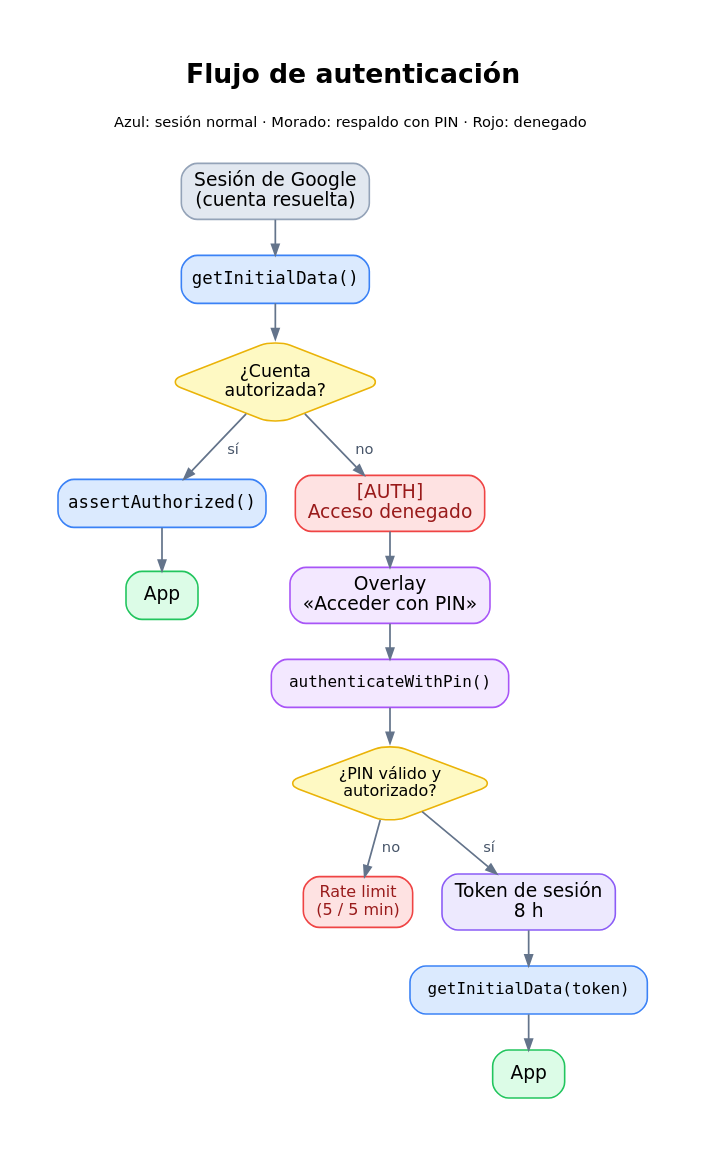
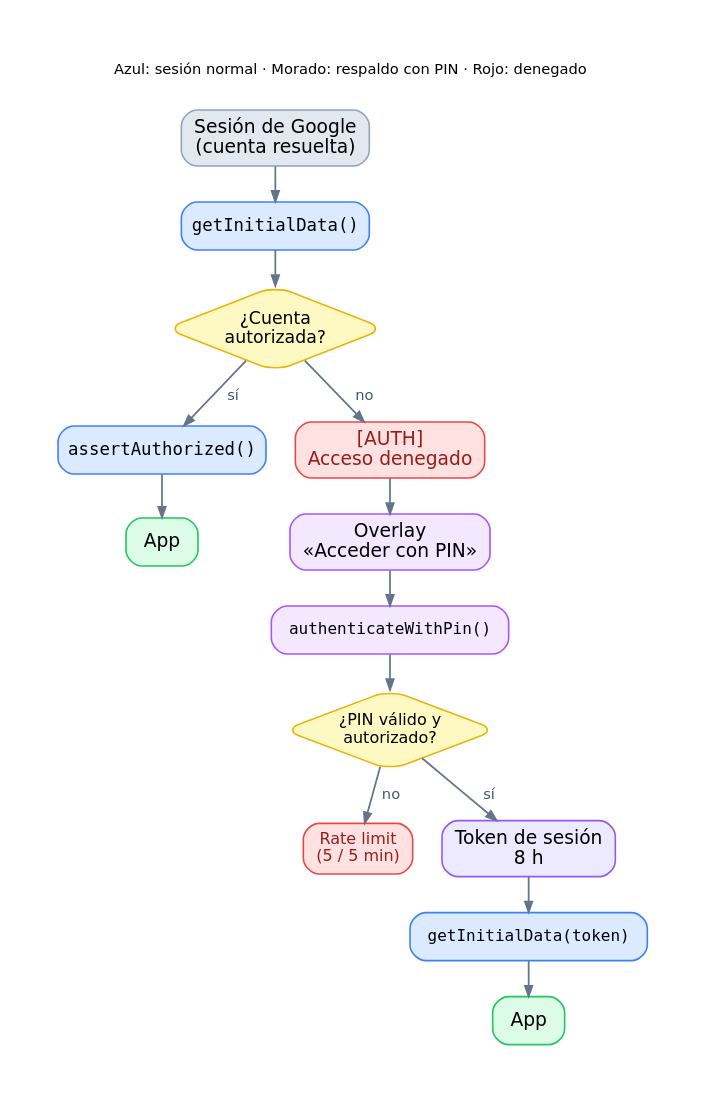
The diagram in docs/images/auth-flow.dot (pfelipm/panel-dedicacion-no-lectiva), drawn with Graphviz before and after one commit. The commit also changed 3 other files, not shown here.

First line of the commit message:
docs: quitar títulos redundantes de los diagramas

```diff
--- a/docs/images/auth-flow.dot
+++ b/docs/images/auth-flow.dot
@@ -1,59 +1,59 @@
 digraph AuthFlow {
   graph [
     rankdir=TB,
     bgcolor="white",
     pad="0.50",
     nodesep="0.30",
     ranksep="0.35",
     fontname="DejaVu Sans",
-    label=<<B>Flujo de autenticación</B><BR/><BR/><FONT POINT-SIZE="11">Azul: sesión normal · Morado: respaldo con PIN · Rojo: denegado</FONT><BR/><BR/>>,
+    label=<<FONT POINT-SIZE="11">Azul: sesión normal · Morado: respaldo con PIN · Rojo: denegado</FONT><BR/><BR/>>,
     labelloc="t",
     fontsize=20
   ];
 
   node [
     shape=box,
     style="rounded,filled",
     fontname="DejaVu Sans",
     fontsize=14,
     margin="0.14,0.09",
     penwidth=1.2
   ];
 
   edge [
     color="#64748b",
     penwidth=1.3,
     arrowsize=0.8,
     fontname="DejaVu Sans",
     fontsize=11,
     fontcolor="#475569"
   ];
 
   start [label="Sesión de Google\n(cuenta resuelta)", fillcolor="#e2e8f0", color="#94a3b8"];
   init [label="getInitialData()", fillcolor="#dbeafe", color="#3b82f6", fontname="DejaVu Sans Mono", fontsize=13];
   ok [label="¿Cuenta\nautorizada?", shape=diamond, fillcolor="#fef9c3", color="#eab308", fontsize=13, margin="0.03,0.03"];
   auth [label="assertAuthorized()", fillcolor="#dbeafe", color="#3b82f6", fontname="DejaVu Sans Mono", fontsize=13];
   app [label="App", fillcolor="#dcfce7", color="#22c55e", fontsize=14];
 
   denied [label="[AUTH]\nAcceso denegado", fillcolor="#fee2e2", color="#ef4444", fontcolor="#991b1b"];
   overlay [label="Overlay\n«Acceder con PIN»", fillcolor="#f3e8ff", color="#a855f7"];
   pin [label="authenticateWithPin()", fillcolor="#f3e8ff", color="#a855f7", fontname="DejaVu Sans Mono", fontsize=12];
   valid [label="¿PIN válido y\nautorizado?", shape=diamond, fillcolor="#fef9c3", color="#eab308", fontsize=12, margin="0.03,0.03"];
   error [label="Rate limit\n(5 / 5 min)", fillcolor="#fee2e2", color="#ef4444", fontcolor="#991b1b", fontsize=12];
   token [label="Token de sesión\n8 h", fillcolor="#ede9fe", color="#8b5cf6"];
   init2 [label="getInitialData(token)", fillcolor="#dbeafe", color="#3b82f6", fontname="DejaVu Sans Mono", fontsize=12];
   app2 [label="App", fillcolor="#dcfce7", color="#22c55e", fontsize=14];
 
   start -> init;
   init -> ok;
   ok -> auth [label="  sí"];
   auth -> app;
   ok -> denied [label="  no"];
   denied -> overlay;
   overlay -> pin;
   pin -> valid;
   valid -> error [label="  no"];
   valid -> token [label="  sí"];
   token -> init2;
   init2 -> app2;
 }
```
